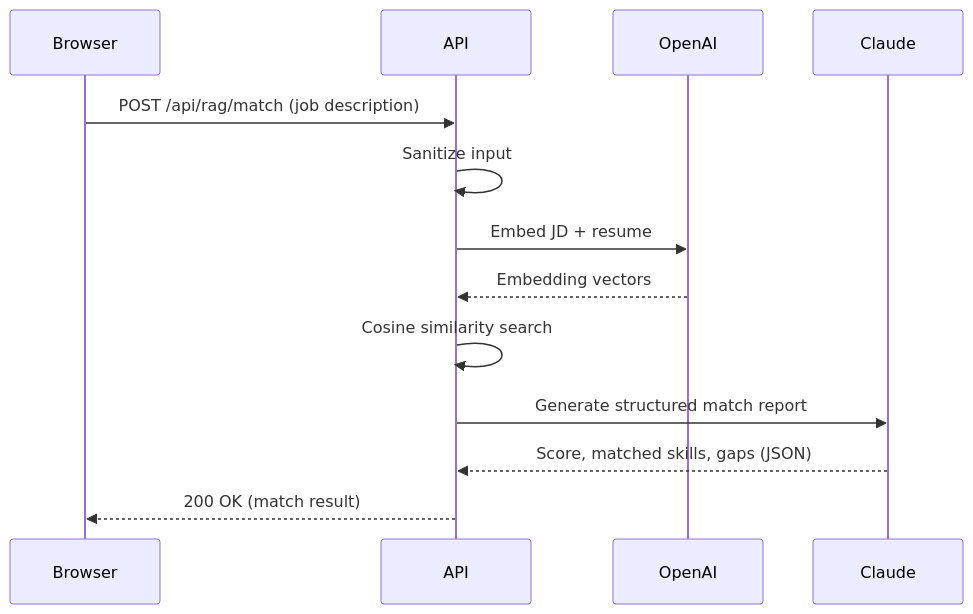
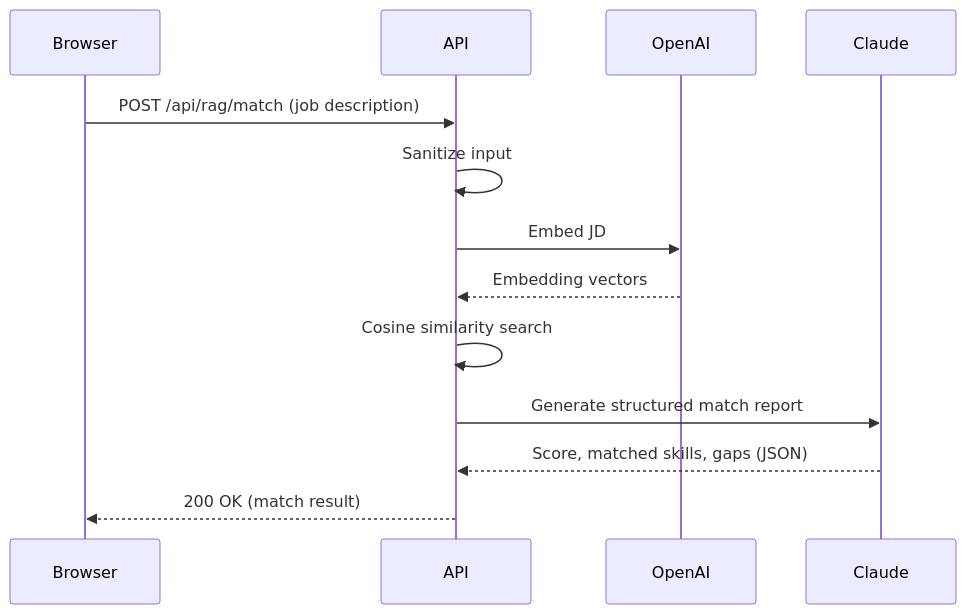
Before and after one commit to michaeljohnsargent/LampLightLabs.JobSearch.Api: the second of 2 diagrams in README.md, drawn with Mermaid.

````diff
--- a/README.md
+++ b/README.md
@@ -303,16 +303,16 @@
 ```mermaid
 sequenceDiagram
     participant Browser
     participant API
     participant OpenAI
     participant Claude
 
     Browser->>API: POST /api/rag/match (job description)
     API->>API: Sanitize input
-    API->>OpenAI: Embed JD + resume
+    API->>OpenAI: Embed JD
     OpenAI-->>API: Embedding vectors
     API->>API: Cosine similarity search
     API->>Claude: Generate structured match report
     Claude-->>API: Score, matched skills, gaps (JSON)
     API-->>Browser: 200 OK (match result)
 ```
````
